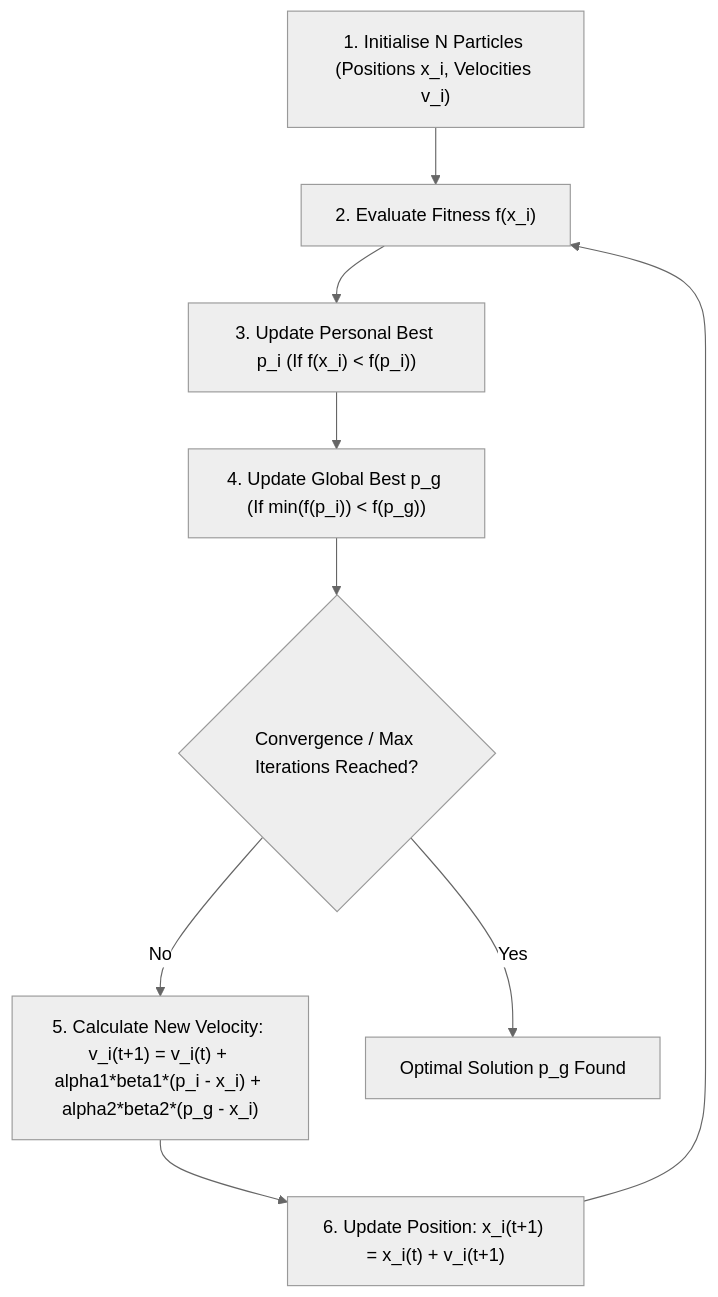
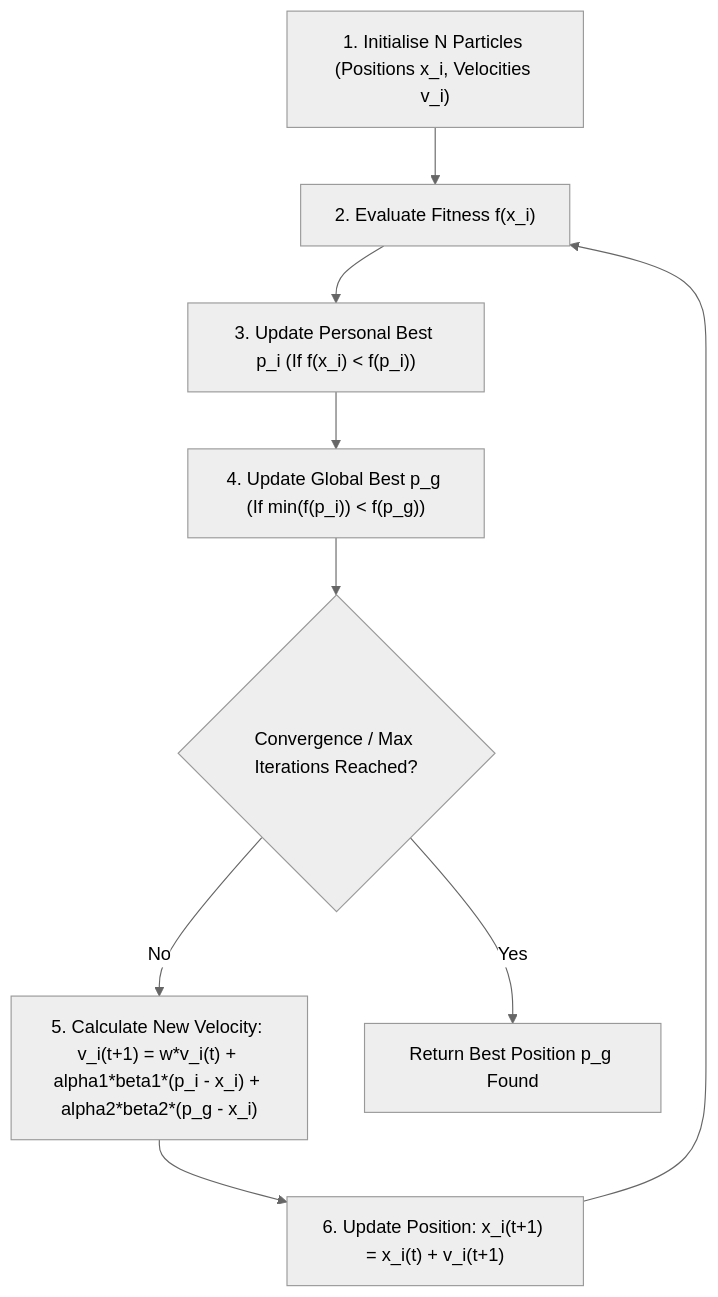
The first of 3 diagrams in src/lab4.md (robotictang/CSC3034), drawn with Mermaid (neutral theme) before and after one commit. The commit also changed other lines of this file and 109 other files, not shown here.

````diff
--- a/src/lab4.md
+++ b/src/lab4.md
@@ -34,11 +34,11 @@
 ```mermaid
 graph TD
     Init["1. Initialise N Particles (Positions x_i, Velocities v_i)"] --> Eval["2. Evaluate Fitness f(x_i)"]
     Eval --> PBest["3. Update Personal Best p_i (If f(x_i) < f(p_i))"]
     PBest --> GBest["4. Update Global Best p_g (If min(f(p_i)) < f(p_g))"]
     GBest --> Check{"Convergence / Max Iterations Reached?"}
-    Check -->|No| Vel["5. Calculate New Velocity: v_i(t+1) = v_i(t) + alpha1*beta1*(p_i - x_i) + alpha2*beta2*(p_g - x_i)"]
+    Check -->|No| Vel["5. Calculate New Velocity: v_i(t+1) = w*v_i(t) + alpha1*beta1*(p_i - x_i) + alpha2*beta2*(p_g - x_i)"]
     Vel --> Pos["6. Update Position: x_i(t+1) = x_i(t) + v_i(t+1)"]
     Pos --> Eval
-    Check -->|Yes| End["Optimal Solution p_g Found"]
+    Check -->|Yes| End["Return Best Position p_g Found"]
 ```
````
